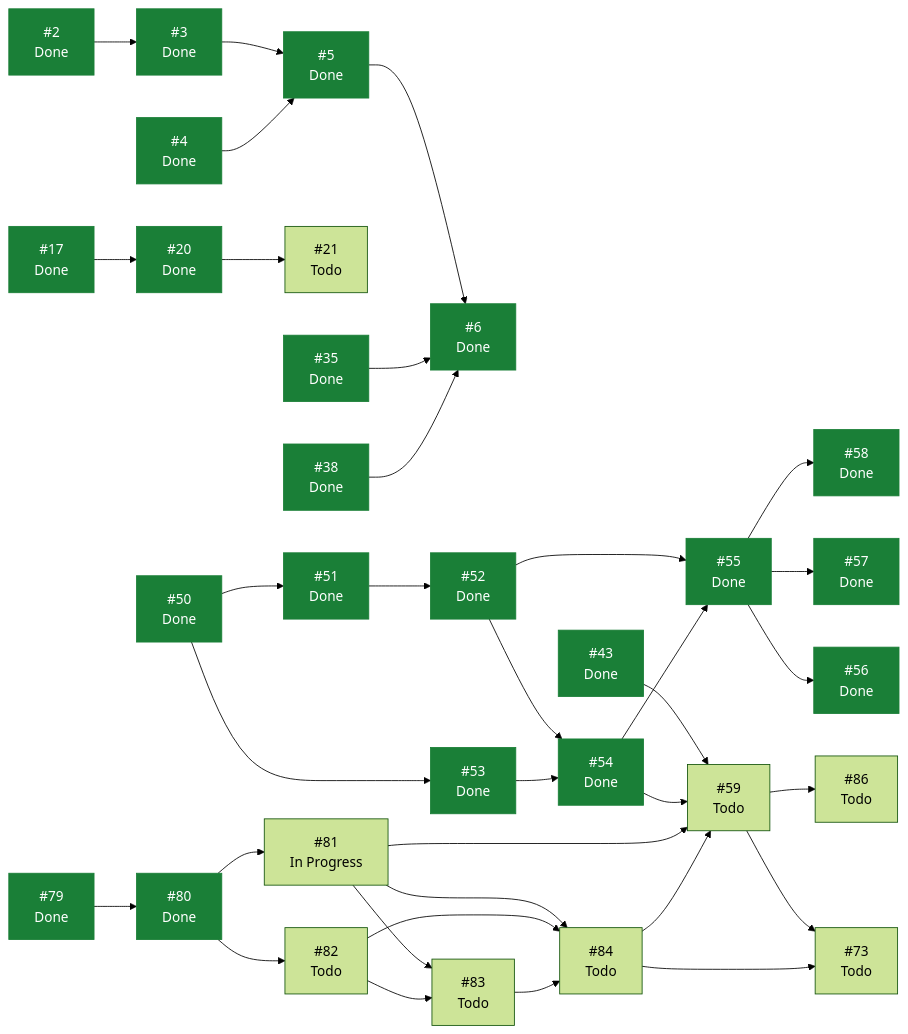
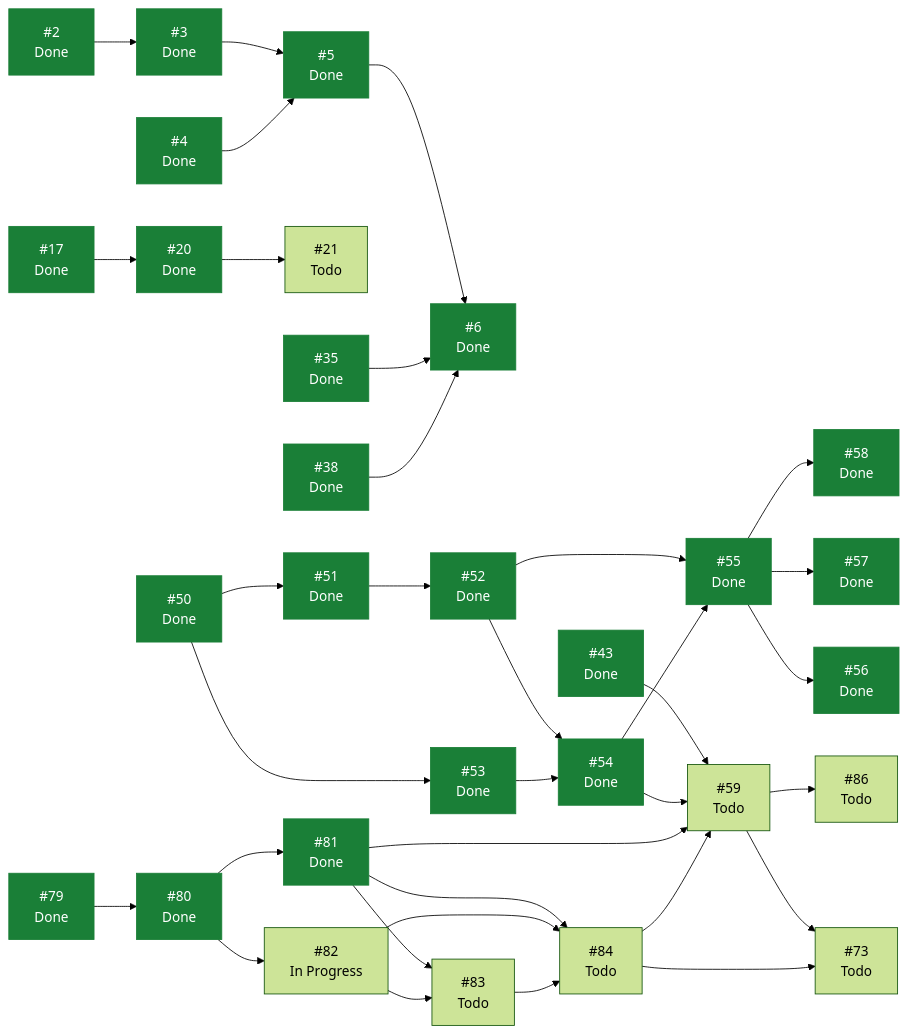
The diagram in docs/planning/STATUS.md (ecamp0s/evault), drawn with Mermaid (forest theme) before and after one commit. The commit also changed other lines of this file, not shown here.

````diff
--- a/docs/planning/STATUS.md
+++ b/docs/planning/STATUS.md
@@ -101,67 +100,67 @@
 ```mermaid
 graph LR
   I2["#2<br/>Done"]
   I3["#3<br/>Done"]
   I4["#4<br/>Done"]
   I5["#5<br/>Done"]
   I6["#6<br/>Done"]
   I17["#17<br/>Done"]
   I20["#20<br/>Done"]
   I21["#21<br/>Todo"]
   I35["#35<br/>Done"]
   I38["#38<br/>Done"]
   I43["#43<br/>Done"]
   I50["#50<br/>Done"]
   I51["#51<br/>Done"]
   I52["#52<br/>Done"]
   I53["#53<br/>Done"]
   I54["#54<br/>Done"]
   I55["#55<br/>Done"]
   I56["#56<br/>Done"]
   I57["#57<br/>Done"]
   I58["#58<br/>Done"]
   I59["#59<br/>Todo"]
   I73["#73<br/>Todo"]
   I79["#79<br/>Done"]
   I80["#80<br/>Done"]
-  I81["#81<br/>In Progress"]
-  I82["#82<br/>Todo"]
+  I81["#81<br/>Done"]
+  I82["#82<br/>In Progress"]
   I83["#83<br/>Todo"]
   I84["#84<br/>Todo"]
   I86["#86<br/>Todo"]
   I2 --> I3
   I3 --> I5
   I4 --> I5
   I5 --> I6
   I17 --> I20
   I20 --> I21
   I35 --> I6
   I38 --> I6
   I43 --> I59
   I50 --> I51
   I50 --> I53
   I51 --> I52
   I52 --> I54
   I52 --> I55
   I53 --> I54
   I54 --> I55
   I54 --> I59
   I55 --> I56
   I55 --> I57
   I55 --> I58
   I59 --> I73
   I59 --> I86
   I79 --> I80
   I80 --> I81
   I80 --> I82
   I81 --> I59
   I81 --> I83
   I81 --> I84
   I82 --> I83
   I82 --> I84
   I83 --> I84
   I84 --> I59
   I84 --> I73
   classDef hecho fill:#1a7f37,stroke:#1a7f37,color:#fff;
-  class I2,I3,I4,I5,I6,I17,I20,I35,I38,I43,I50,I51,I52,I53,I54,I55,I56,I57,I58,I79,I80 hecho;
+  class I2,I3,I4,I5,I6,I17,I20,I35,I38,I43,I50,I51,I52,I53,I54,I55,I56,I57,I58,I79,I80,I81 hecho;
 ```
````
